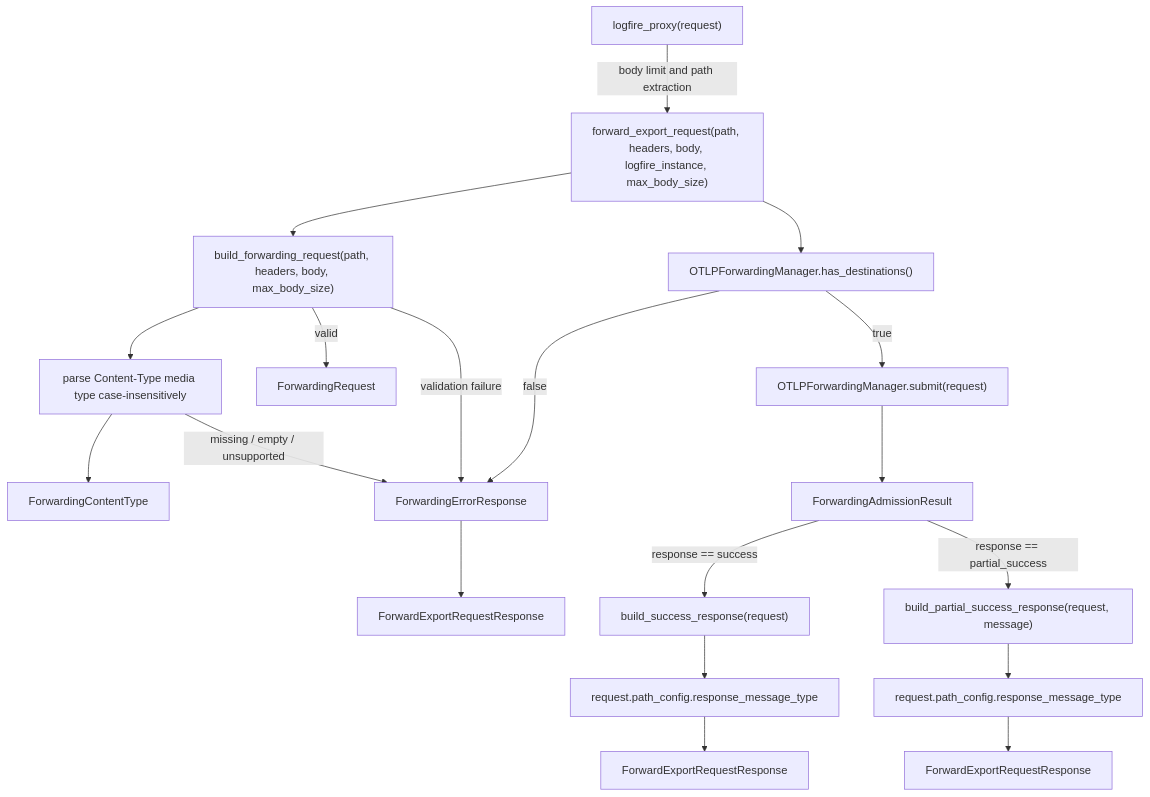
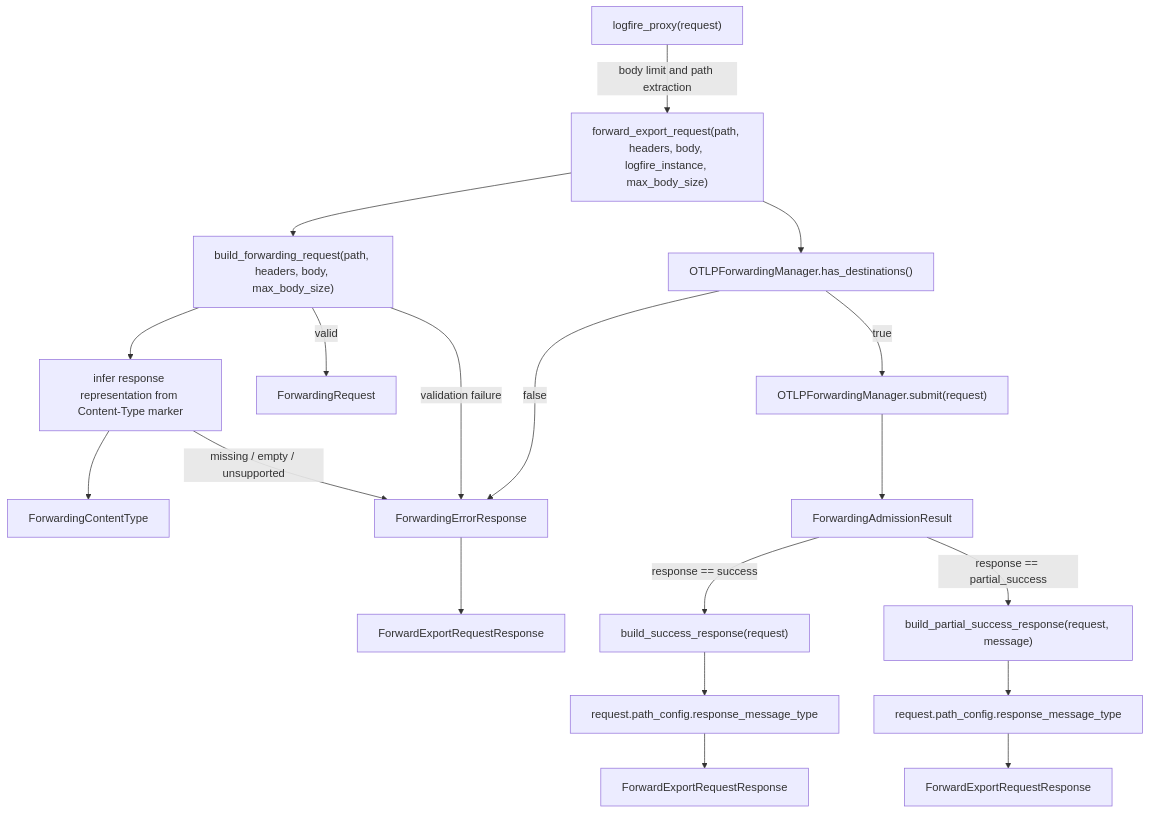
Before and after one commit to pydantic/logfire: the fourth of 5 diagrams in specs/browser-telemetry-forwarding-first-pass/diagrams.md, drawn with Mermaid. The commit also changed other lines of this file and 6 other files, not shown here.

Commit message:
Simplify forwarding content type inference

````diff
--- a/specs/browser-telemetry-forwarding-first-pass/diagrams.md
+++ b/specs/browser-telemetry-forwarding-first-pass/diagrams.md
@@ -187,21 +187,21 @@
 ```mermaid
 flowchart TD
     Proxy["logfire_proxy(request)"] -->|"body limit and path extraction"| Forward["forward_export_request(path, headers, body, logfire_instance, max_body_size)"]
     Forward --> BuildRequest["build_forwarding_request(path, headers, body, max_body_size)"]
-    BuildRequest --> ParseContentType["parse Content-Type media type case-insensitively"]
+    BuildRequest --> ParseContentType["infer response representation from Content-Type marker"]
     ParseContentType --> ContentType["ForwardingContentType"]
     ParseContentType -->|"missing / empty / unsupported"| Error["ForwardingErrorResponse"]
     BuildRequest -->|"validation failure"| Error
     Error --> PublicError["ForwardExportRequestResponse"]
     BuildRequest -->|"valid"| Request["ForwardingRequest"]
     Forward --> HasDestinations["OTLPForwardingManager.has_destinations()"]
     HasDestinations -->|"false"| Error
     HasDestinations -->|"true"| Submit["OTLPForwardingManager.submit(request)"]
     Submit --> Admission["ForwardingAdmissionResult"]
     Admission -->|"response == success"| SuccessBuilder["build_success_response(request)"]
     Admission -->|"response == partial_success"| PartialBuilder["build_partial_success_response(request, message)"]
     SuccessBuilder --> ResponseMessageA["request.path_config.response_message_type"]
     PartialBuilder --> ResponseMessageB["request.path_config.response_message_type"]
     ResponseMessageA --> PublicSuccess["ForwardExportRequestResponse"]
     ResponseMessageB --> PublicPartial["ForwardExportRequestResponse"]
 ```
````
